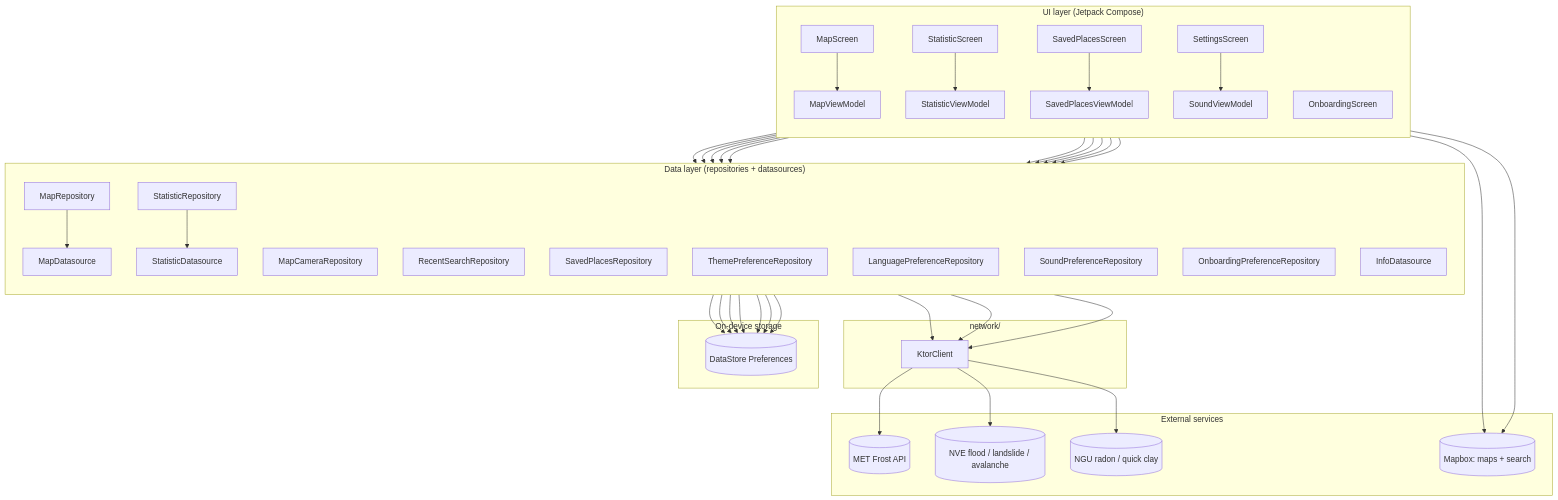
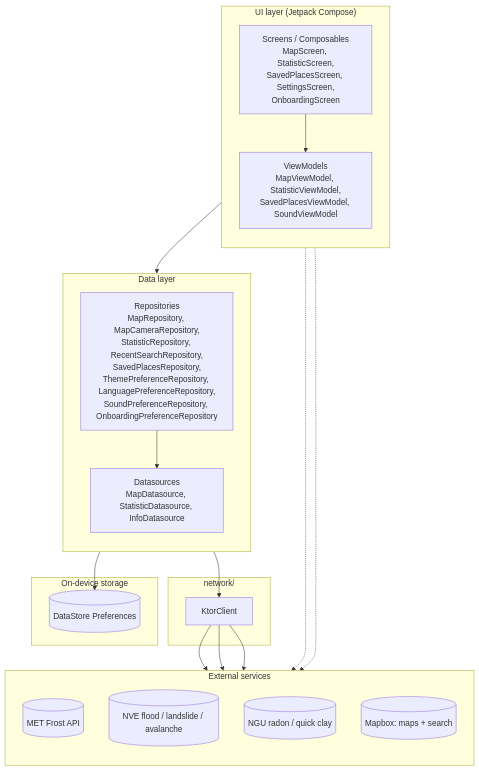
The diagram in ARCHITECTURE.md (Dannevanne/klima-app), drawn with Mermaid before and after one commit.

Commit message:
fix: stack ARCHITECTURE.md mermaid sketch vertically

````diff
--- a/ARCHITECTURE.md
+++ b/ARCHITECTURE.md
@@ -86,41 +86,16 @@
 flowchart TB
     subgraph UI["UI layer (Jetpack Compose)"]
         direction TB
-        MapScreen
-        StatisticScreen
-        SavedPlacesScreen
-        SettingsScreen
-        Onboarding[OnboardingScreen]
-
-        MapVM[MapViewModel]
-        StatVM[StatisticViewModel]
-        SaveVM[SavedPlacesViewModel]
-        SoundVM[SoundViewModel]
-
-        MapScreen --> MapVM
-        StatisticScreen --> StatVM
-        SavedPlacesScreen --> SaveVM
-        SettingsScreen --> SoundVM
+        Screens["Screens / Composables<br/>MapScreen, StatisticScreen,<br/>SavedPlacesScreen, SettingsScreen,<br/>OnboardingScreen"]
+        VMs["ViewModels<br/>MapViewModel, StatisticViewModel,<br/>SavedPlacesViewModel, SoundViewModel"]
+        Screens --> VMs
     end
 
-    subgraph DATA["Data layer (repositories + datasources)"]
+    subgraph DATA["Data layer"]
         direction TB
-        MapRepo[MapRepository]
-        CamRepo[MapCameraRepository]
-        StatRepo[StatisticRepository]
-        RecentRepo[RecentSearchRepository]
-        SaveRepo[SavedPlacesRepository]
-        ThemeRepo[ThemePreferenceRepository]
-        LangRepo[LanguagePreferenceRepository]
-        SoundRepo[SoundPreferenceRepository]
-        OnbRepo[OnboardingPreferenceRepository]
-
-        MapDS[MapDatasource]
-        StatDS[StatisticDatasource]
-        InfoDS[InfoDatasource]
-
-        MapRepo --> MapDS
-        StatRepo --> StatDS
+        Repos["Repositories<br/>MapRepository, MapCameraRepository,<br/>StatisticRepository, RecentSearchRepository,<br/>SavedPlacesRepository,<br/>ThemePreferenceRepository, LanguagePreferenceRepository,<br/>SoundPreferenceRepository, OnboardingPreferenceRepository"]
+        DSrcs["Datasources<br/>MapDatasource, StatisticDatasource, InfoDatasource"]
+        Repos --> DSrcs
     end
 
     subgraph NET["network/"]
@@ -132,38 +107,19 @@
     end
 
     subgraph EXT["External services"]
+        direction TB
         Frost[(MET Frost API)]
         NVE[(NVE flood / landslide / avalanche)]
         NGU[(NGU radon / quick clay)]
         MB[(Mapbox: maps + search)]
     end
 
-    MapVM --> MapRepo
-    MapVM --> CamRepo
-    MapVM --> ThemeRepo
-    MapVM --> LangRepo
-    StatVM --> StatRepo
-    StatVM --> RecentRepo
-    SaveVM --> SaveRepo
-    SaveVM --> MapRepo
-    SaveVM --> StatRepo
-    SoundVM --> SoundRepo
-
-    MapDS --> Ktor
-    StatDS --> Ktor
-    InfoDS --> Ktor
-
-    CamRepo --> DS
-    SaveRepo --> DS
-    RecentRepo --> DS
-    ThemeRepo --> DS
-    LangRepo --> DS
-    SoundRepo --> DS
-    OnbRepo --> DS
-
+    VMs --> Repos
+    DSrcs --> Ktor
+    Repos --> DS
     Ktor --> Frost
     Ktor --> NVE
     Ktor --> NGU
-    MapScreen --> MB
-    StatVM --> MB
+    Screens -.-> MB
+    VMs -.-> MB
 ```
````
